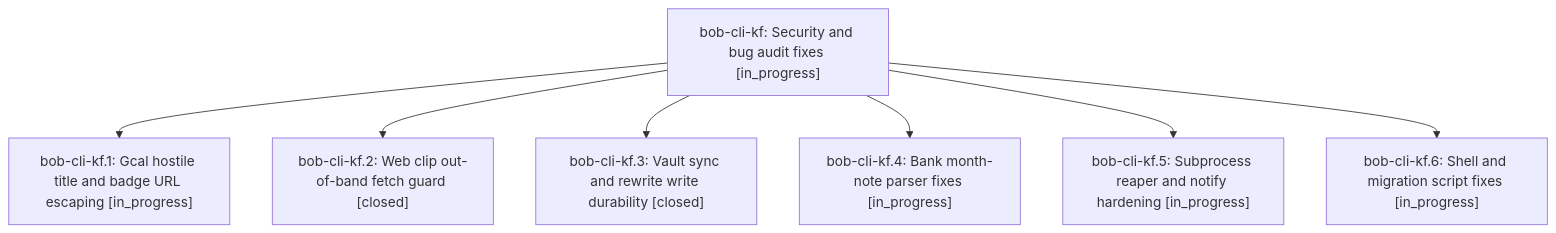
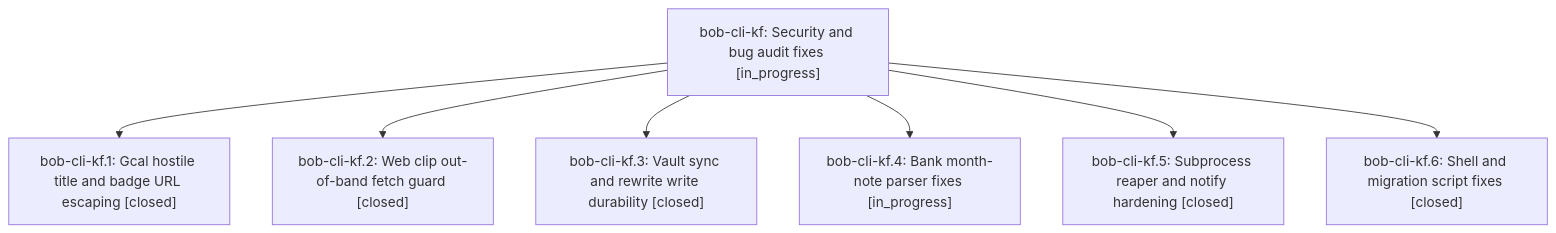
One commit to bobs-org/bob-cli--beads changed the diagram in pages/bob-cli-kf/README.md. Above: the diagram before and after it, drawn with Mermaid. The commit also changed other lines of this file and 5 other files, not shown here.

First line of the commit message:
chore(beads): sync bead state and pages for bob-cli-kf

````diff
--- a/pages/bob-cli-kf/README.md
+++ b/pages/bob-cli-kf/README.md
@@ -39,16 +39,16 @@
 ```mermaid
 flowchart TD
     n0["bob-cli-kf: Security and bug audit fixes [in_progress]"]
-    n1["bob-cli-kf.1: Gcal hostile title and badge URL escaping [in_progress]"]
+    n1["bob-cli-kf.1: Gcal hostile title and badge URL escaping [closed]"]
     n2["bob-cli-kf.2: Web clip out-of-band fetch guard [closed]"]
     n3["bob-cli-kf.3: Vault sync and rewrite write durability [closed]"]
     n4["bob-cli-kf.4: Bank month-note parser fixes [in_progress]"]
-    n5["bob-cli-kf.5: Subprocess reaper and notify hardening [in_progress]"]
-    n6["bob-cli-kf.6: Shell and migration script fixes [in_progress]"]
+    n5["bob-cli-kf.5: Subprocess reaper and notify hardening [closed]"]
+    n6["bob-cli-kf.6: Shell and migration script fixes [closed]"]
     n0 --> n1
     n0 --> n2
     n0 --> n3
     n0 --> n4
     n0 --> n5
     n0 --> n6
 ```
````
